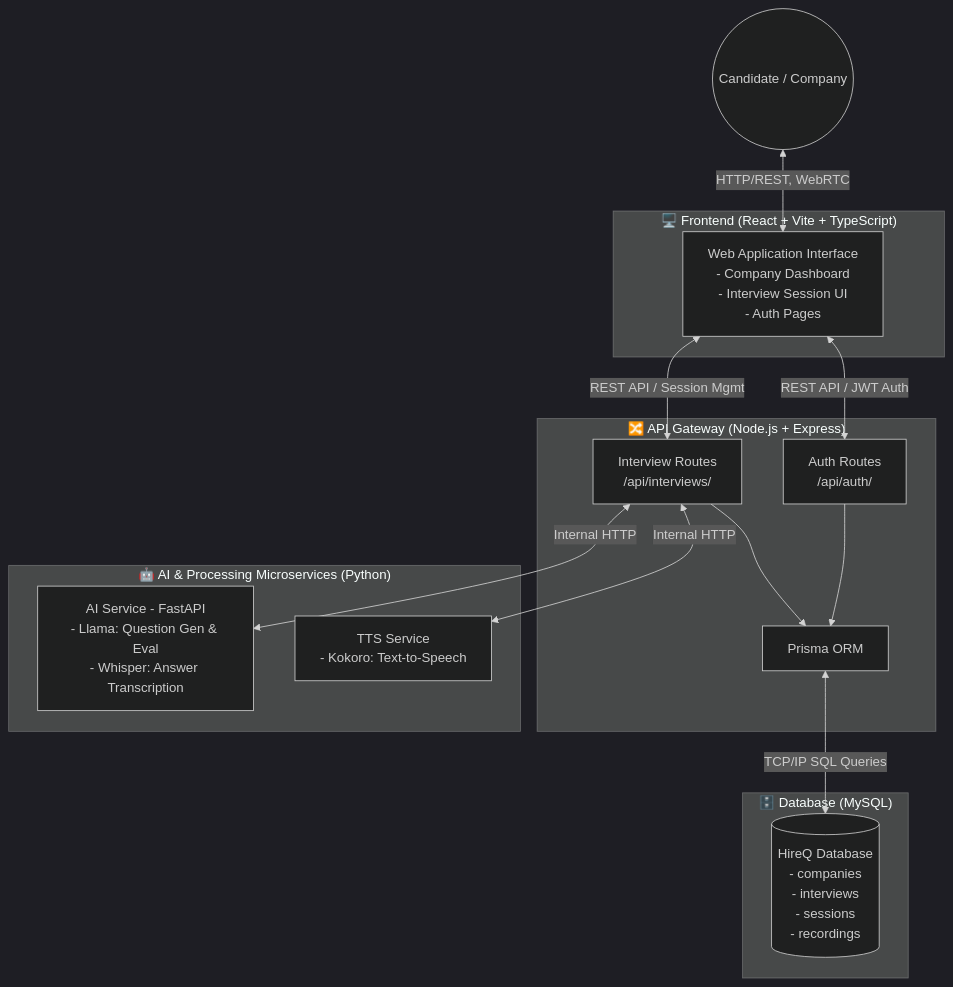
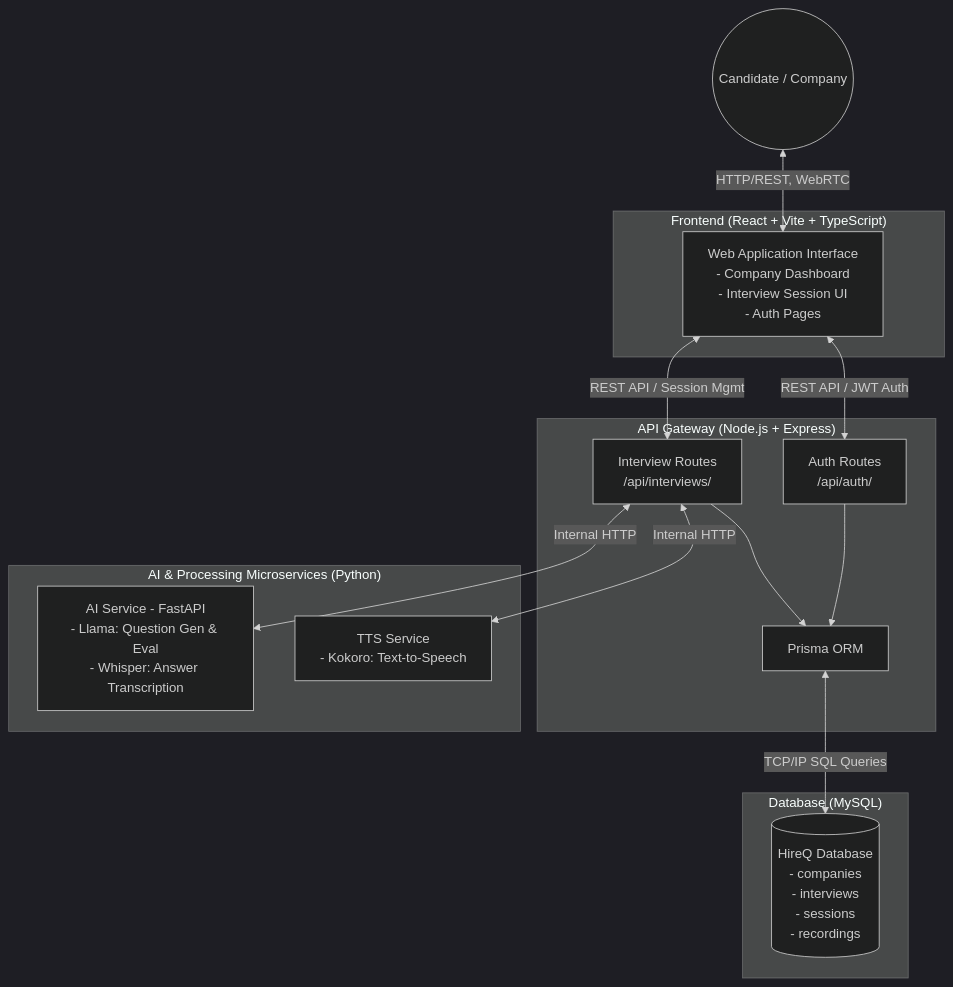
One commit to DevShlok/HireQ changed the first of 3 diagrams in README.md. Above: the diagram before and after it, drawn with Mermaid (dark theme). The commit also changed other lines of this file, not shown here.

````diff
--- a/README.md
+++ b/README.md
@@ -59,42 +60,42 @@
 ```mermaid
 flowchart TD
     %% Entities
     User((Candidate / Company))
     
     %% Frontend
-    subgraph Frontend ["🖥️ Frontend (React + Vite + TypeScript)"]
+    subgraph Frontend ["Frontend (React + Vite + TypeScript)"]
         UI[Web Application Interface\n- Company Dashboard\n- Interview Session UI\n- Auth Pages]
     end
 
     %% Backend Gateway
-    subgraph APIGateway ["🔀 API Gateway (Node.js + Express)"]
+    subgraph APIGateway ["API Gateway (Node.js + Express)"]
         Auth[Auth Routes\n/api/auth/]
         Interviews[Interview Routes\n/api/interviews/]
         Prisma[Prisma ORM]
         
         Auth --> Prisma
         Interviews --> Prisma
     end
 
     %% Microservices
-    subgraph Services ["🤖 AI & Processing Microservices (Python)"]
+    subgraph Services ["AI & Processing Microservices (Python)"]
         AIService[AI Service - FastAPI\n- Llama: Question Gen & Eval\n- Whisper: Answer Transcription]
         TTSService[TTS Service\n- Kokoro: Text-to-Speech]
     end
 
     %% Database
-    subgraph DatabaseLayer ["🗄️ Database (MySQL)"]
+    subgraph DatabaseLayer ["Database (MySQL)"]
         DB[(HireQ Database\n- companies\n- interviews\n- sessions\n- recordings)]
     end
 
     %% External Connections
     User <-->|HTTP/REST, WebRTC| UI
     
     UI <-->|REST API / JWT Auth| Auth
     UI <-->|REST API / Session Mgmt| Interviews
     
     Interviews <-->|Internal HTTP| AIService
     Interviews <-->|Internal HTTP| TTSService
     
     Prisma <-->|TCP/IP SQL Queries| DB
 ```
````
